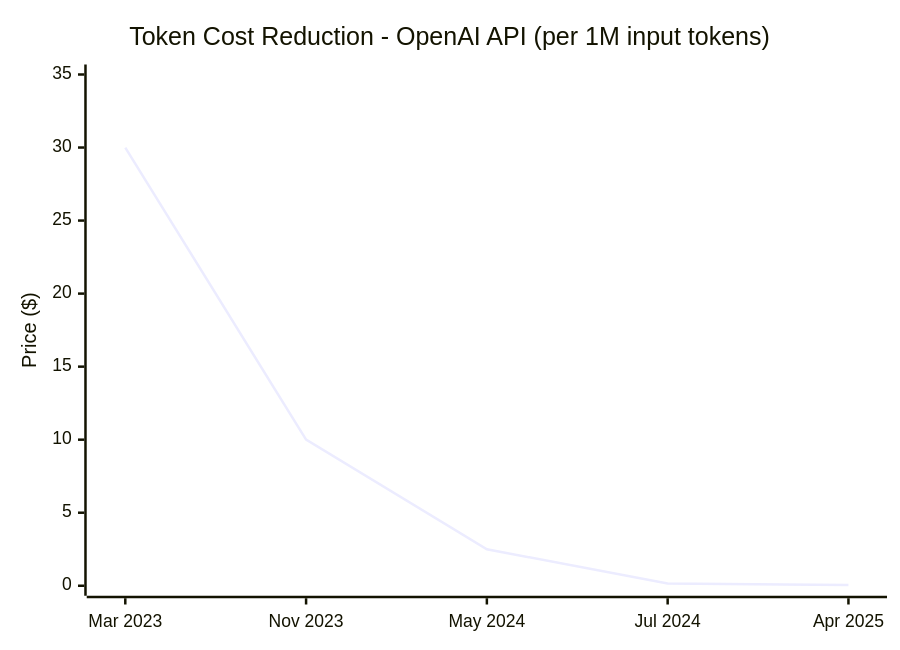
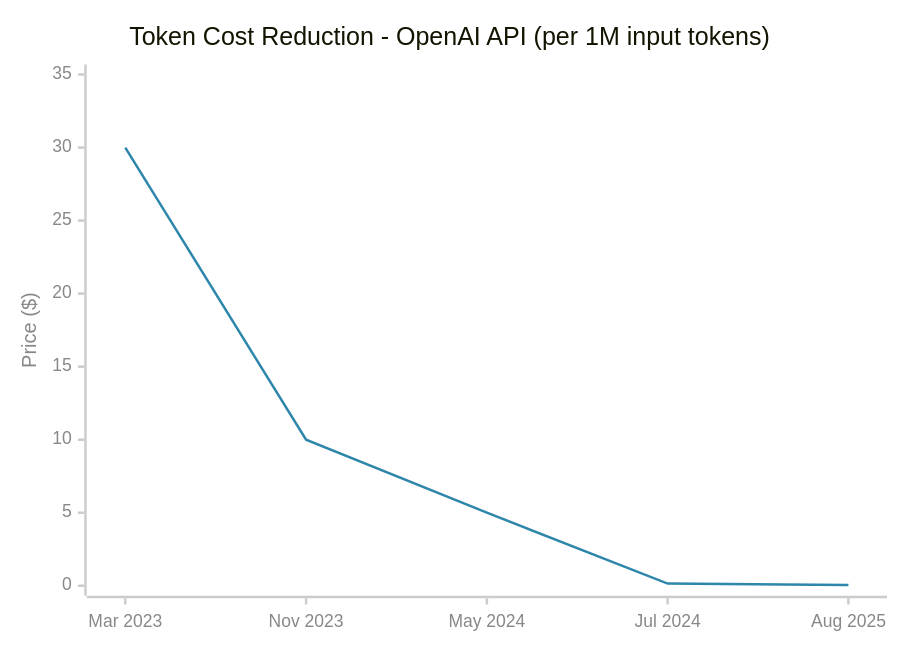
The second of 2 diagrams in demo/lesson1/draft/02_about_lessons.md (Amico1285/learning_course_CC), drawn with Mermaid before and after one commit. The commit also changed other lines of this file and 8 other files, not shown here.

````diff
--- a/demo/lesson1/draft/02_about_lessons.md
+++ b/demo/lesson1/draft/02_about_lessons.md
@@ -21,7 +22,8 @@
 ```mermaid
+%%{init: {'theme': 'base', 'themeVariables': {'xyChart': {'plotColorPalette': '#2E86AB', 'xAxisLabelColor': '#888888', 'yAxisLabelColor': '#888888', 'xAxisTitleColor': '#888888', 'yAxisTitleColor': '#888888', 'xAxisTickColor': '#CCCCCC', 'yAxisTickColor': '#CCCCCC', 'xAxisLineColor': '#CCCCCC', 'yAxisLineColor': '#CCCCCC'}}}}%%
 xychart-beta
     title "Token Cost Reduction - OpenAI API (per 1M input tokens)"
-    x-axis ["Mar 2023", "Nov 2023", "May 2024", "Jul 2024", "Apr 2025"]
+    x-axis ["Mar 2023", "Nov 2023", "May 2024", "Jul 2024", "Aug 2025"]
     y-axis "Price ($)" 0 --> 35
-    line [30, 10, 2.5, 0.15, 0.05]
+    line [30, 10, 5, 0.15, 0.05]
 ```
````
